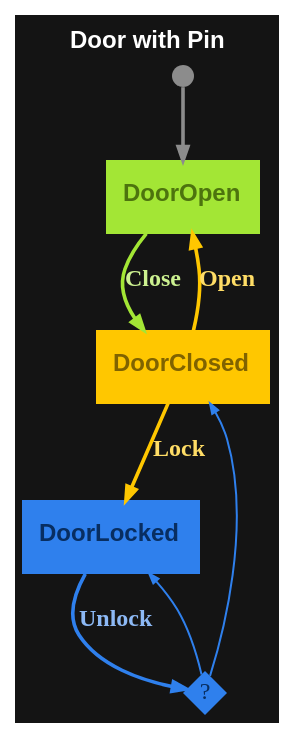
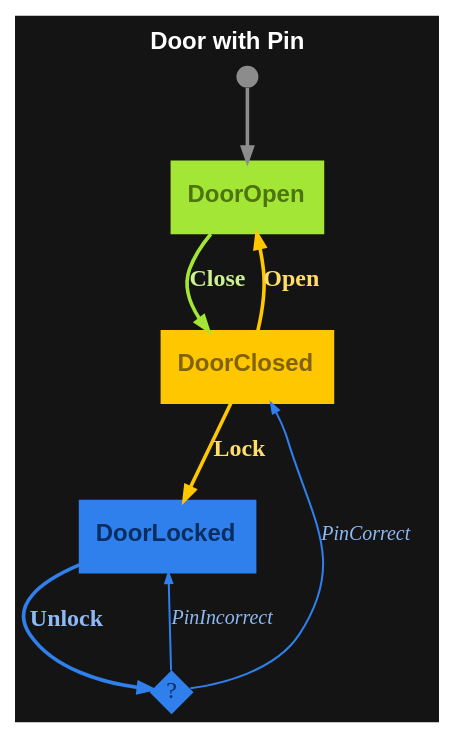
One commit to m-bock/purescript-transit changed the diagram in graphs/door-with-pin-dark.dot. Above: the diagram before and after it, drawn with Graphviz. The commit also changed 17 other files, not shown here.

Commit message:
Remove Door with Alarm example and associated files, including tests, graphs, and documentation updates. Refactor Door with Pin example to enhance clarity in state transitions and improve visual representation in diagrams.

```diff
--- a/graphs/door-with-pin-dark.dot
+++ b/graphs/door-with-pin-dark.dot
@@ -1,16 +1,16 @@
 digraph 
 {
 rankdir = "TD";fontname = "Arial";label = <<b>Door with Pin</b>>;labelloc = "t";fontsize = 12;bgcolor = "#141414";color = "#ffffff";fontcolor = "#ffffff"
 DoorOpen [shape = "box", label = <<b>DoorOpen</b>>, fontsize = 12, style = "filled", fillcolor = "#a3e635", fontcolor = "#4d740e", color = "#a3e635", fontname = "Arial", labelloc = "c", penwidth = 1.0]
 __Start__ [shape = "circle", label = "", width = 0.15, height = 0.15, fixedsize = true, style = "filled", fillcolor = "#8c8c8c", penwidth = 0.0]
 __Start__ -> DoorOpen [color = "#8c8c8c", fontsize = 12, arrowsize = "0.7", penwidth = 1.8]
 DoorOpen -> DoorClosed [color = "#a3e635", fontcolor = "#ccf190", fontsize = 12, arrowsize = "0.7", label = <<b>Close</b>>, penwidth = 1.8]
 DoorClosed [shape = "box", label = <<b>DoorClosed</b>>, fontsize = 12, style = "filled", fillcolor = "#ffc700", fontcolor = "#806300", color = "#ffc700", fontname = "Arial", labelloc = "c", penwidth = 1.0]
 DoorClosed -> DoorOpen [color = "#ffc700", fontcolor = "#ffdd66", fontsize = 12, arrowsize = "0.7", label = <<b>Open</b>>, penwidth = 1.8]
 DoorClosed -> DoorLocked [color = "#ffc700", fontcolor = "#ffdd66", fontsize = 12, arrowsize = "0.7", label = <<b>Lock</b>>, penwidth = 1.8]
 DoorLocked [shape = "box", label = <<b>DoorLocked</b>>, fontsize = 12, style = "filled", fillcolor = "#2f80ed", fontcolor = "#082e61", color = "#2f80ed", fontname = "Arial", labelloc = "c", penwidth = 1.0]
 decision_DoorLocked_Unlock [shape = "diamond", label = "?", fontsize = 12, fontcolor = "#082e61", style = "filled", fillcolor = "#2f80ed", penwidth = 0.0, fixedsize = true, width = 0.3, height = 0.3]
 DoorLocked -> decision_DoorLocked_Unlock [color = "#2f80ed", fontcolor = "#8db9f5", fontsize = 12, arrowsize = "0.7", label = <<b>Unlock</b>>, penwidth = 1.8]
-decision_DoorLocked_Unlock -> DoorLocked [color = "#2f80ed", fontcolor = "#8db9f5", fontsize = 10, arrowsize = "0.5", penwidth = 1.8, penwidth = 1.0]
-decision_DoorLocked_Unlock -> DoorClosed [color = "#2f80ed", fontcolor = "#8db9f5", fontsize = 10, arrowsize = "0.5", penwidth = 1.8, penwidth = 1.0]
+decision_DoorLocked_Unlock -> DoorLocked [color = "#2f80ed", fontcolor = "#8db9f5", fontsize = 10, arrowsize = "0.5", label = <<i>PinIncorrect</i>>, penwidth = 1.8, penwidth = 1.0]
+decision_DoorLocked_Unlock -> DoorClosed [color = "#2f80ed", fontcolor = "#8db9f5", fontsize = 10, arrowsize = "0.5", label = <<i>PinCorrect</i>>, penwidth = 1.8, penwidth = 1.0]
 }
```
